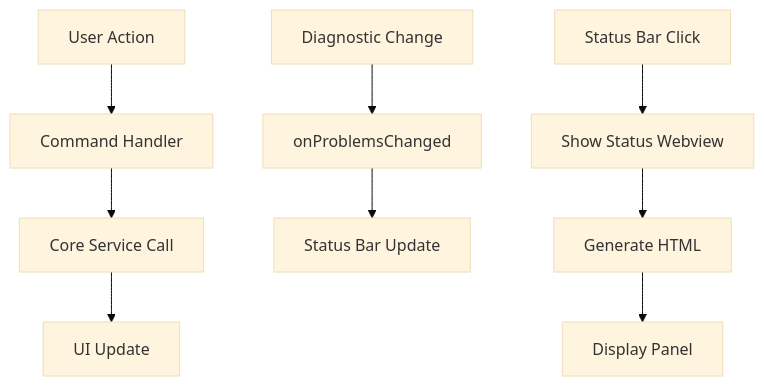
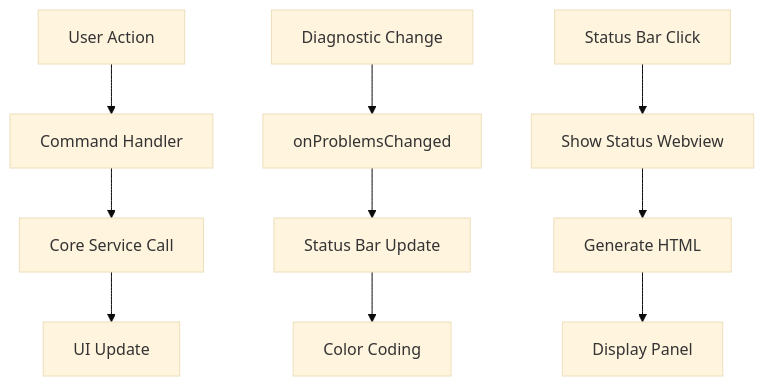
One commit to newbpydev/mcp-diagnostics-extension changed the diagram in src/commands/README.md. Above: the diagram before and after it, drawn with Mermaid (base theme). The commit also changed other lines of this file and 3 other files, not shown here.

````diff
--- a/src/commands/README.md
+++ b/src/commands/README.md
@@ -93,13 +120,14 @@
 ```mermaid
 graph TD
     A[User Action] --> B[Command Handler]
     B --> C[Core Service Call]
     C --> D[UI Update]
 
     E[Diagnostic Change] --> F[onProblemsChanged]
     F --> G[Status Bar Update]
+    G --> H[Color Coding]
 
-    H[Status Bar Click] --> I[Show Status Webview]
-    I --> J[Generate HTML]
-    J --> K[Display Panel]
+    I[Status Bar Click] --> J[Show Status Webview]
+    J --> K[Generate HTML]
+    K --> L[Display Panel]
 ```
````
